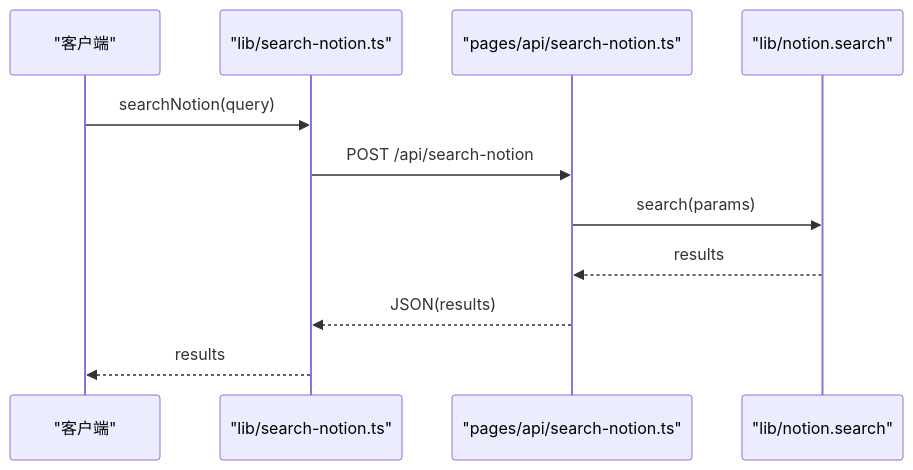
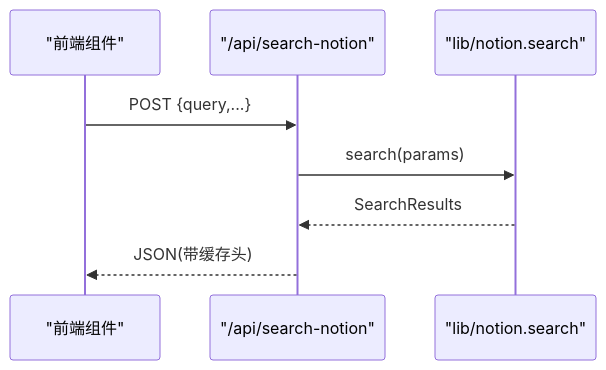
Before and after one commit to PhysicalMouse/nextjs-notion-starter-kit: the sixth of 7 diagrams in .qoder/repowiki/zh/content/项目概述.md, drawn with Mermaid. The commit also changed other lines of this file and 186 other files, not shown here.

````diff
--- a/.qoder/repowiki/zh/content/项目概述.md
+++ b/.qoder/repowiki/zh/content/项目概述.md
@@ -212,13 +250,10 @@
 ```mermaid
 sequenceDiagram
-participant Client as "客户端"
-participant SearchClient as "lib/search-notion.ts"
-participant API as "pages/api/search-notion.ts"
-participant Notion as "lib/notion.search"
-Client->>SearchClient : searchNotion(query)
-SearchClient->>API : POST /api/search-notion
-API->>Notion : search(params)
-Notion-->>API : results
-API-->>SearchClient : JSON(results)
-SearchClient-->>Client : results
+participant FE as "前端组件"
+participant API as "/api/search-notion"
+participant NL as "lib/notion.search"
+FE->>API : POST {query,...}
+API->>NL : search(params)
+NL-->>API : SearchResults
+API-->>FE : JSON(带缓存头)
 ```
````
